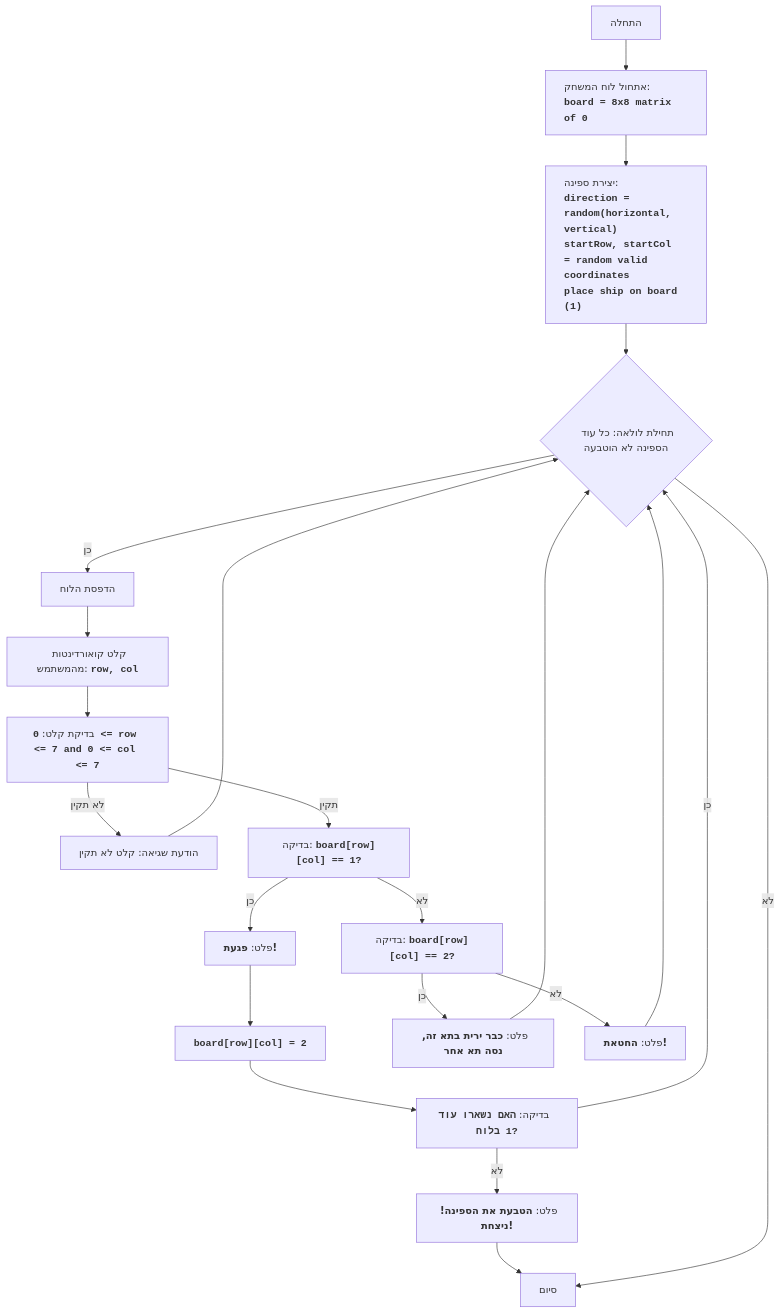
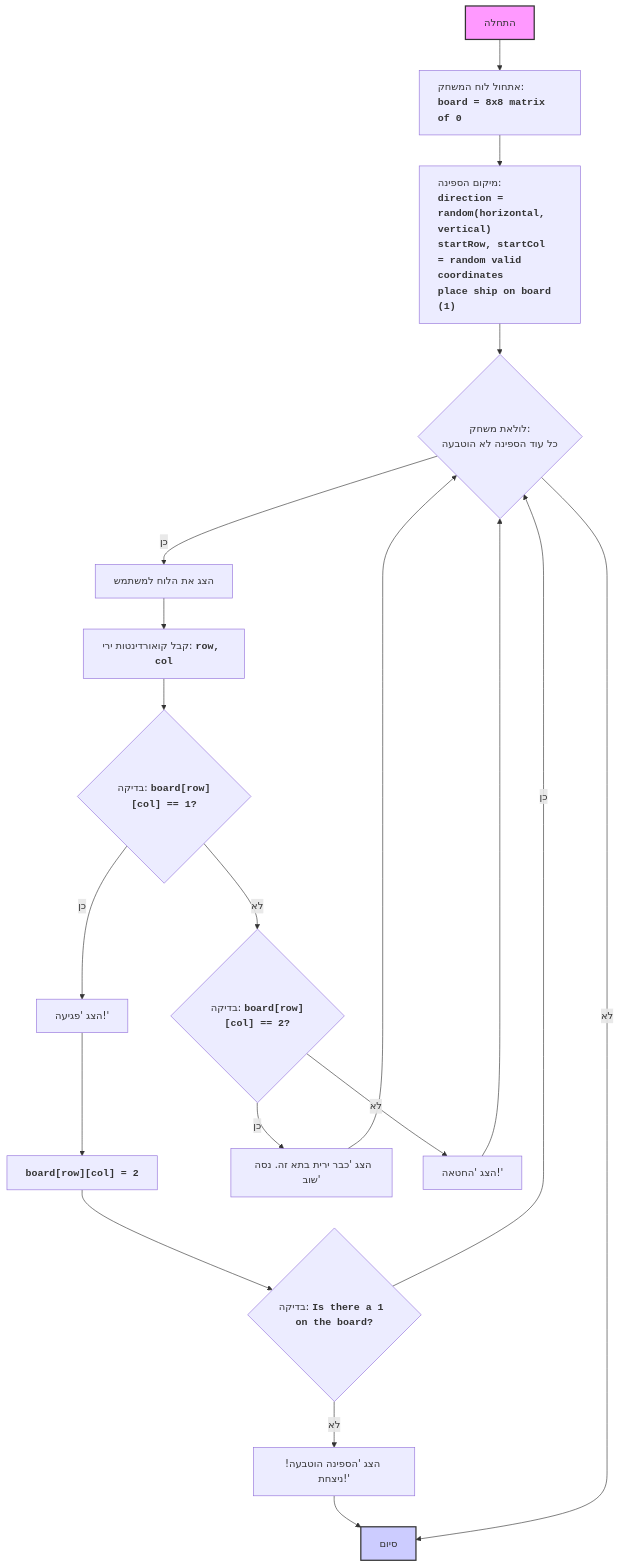
One commit to hypo69/hypo changed the diagram in docs/gemini/he/explainer/src/endpoints/ai_games/101_basic_computer_games/ru/GAMES/BOAT/boat.py.md. Above: the diagram before and after it, drawn with Mermaid. The commit also changed other lines of this file and 885 other files, not shown here.

````diff
--- a/docs/gemini/he/explainer/src/endpoints/ai_games/101_basic_computer_games/ru/GAMES/BOAT/boat.py.md
+++ b/docs/gemini/he/explainer/src/endpoints/ai_games/101_basic_computer_games/ru/GAMES/BOAT/boat.py.md
@@ -44,25 +46,24 @@
 ```mermaid
 flowchart TD
-    Start["התחלה"] --> InitializeBoard["<p align='left'>אתחול לוח המשחק:\n<code><b>board = 8x8 matrix of 0</b></code></p>"]
-    InitializeBoard --> GenerateShip["<p align='left'>יצירת ספינה:\n<code><b>direction = random(horizontal, vertical)\nstartRow, startCol = random valid coordinates\nplace ship on board (1)</b></code></p>"]
-    GenerateShip --> LoopStart{"תחילת לולאה: כל עוד הספינה לא הוטבעה"}
-    LoopStart -- כן --> PrintBoard["הדפסת הלוח"]
-    PrintBoard --> InputCoordinates["קלט קואורדינטות מהמשתמש: <code><b>row, col</b></code>"]
-    InputCoordinates --> ValidateCoordinates["בדיקת קלט: <code><b>0 <= row <= 7 and 0 <= col <= 7</b></code>"]
-    ValidateCoordinates -- לא תקין --> ErrorMessage["הודעת שגיאה: קלט לא תקין"]
-    ErrorMessage --> LoopStart
-    ValidateCoordinates -- תקין --> CheckHit["בדיקה: <code><b>board[row][col] == 1?</b></code>"]
-    CheckHit -- כן --> OutputHit["פלט: <b>פגעת!</b>"]
+    Start["התחלה"] --> InitializeBoard["<p align='left'>אתחול לוח המשחק:<br><code><b>board = 8x8 matrix of 0</b></code></p>"]
+    InitializeBoard --> GenerateShip["<p align='left'>מיקום הספינה:<br><code><b>direction = random(horizontal, vertical)</b><br><b>startRow, startCol = random valid coordinates</b><br><b>place ship on board (1)</b></code></p>"]
+    GenerateShip --> LoopStart{"<p align='center'>לולאת משחק:<br>כל עוד הספינה לא הוטבעה</p>"}
+    LoopStart -- כן --> DisplayBoard["הצג את הלוח למשתמש"]
+    DisplayBoard --> InputCoordinates["קבל קואורדינטות ירי: <code><b>row, col</b></code>"]
+    InputCoordinates --> CheckHit{"<p align='center'>בדיקה: <code><b>board[row][col] == 1?</b></code></p>"}
+    CheckHit -- כן --> OutputHit["הצג 'פגיעה!'"]
     OutputHit --> UpdateBoardHit["<code><b>board[row][col] = 2</b></code>"]
-    UpdateBoardHit --> CheckShipSunk["בדיקה: <code><b>האם נשארו עוד 1 בלוח?</b></code>"]
+    UpdateBoardHit --> CheckShipSunk{"<p align='center'>בדיקה: <code><b>Is there a 1 on the board?</b></code></p>"}
     CheckShipSunk -- כן --> LoopStart
-    CheckShipSunk -- לא --> OutputSunk["פלט: <b>הטבעת את הספינה! ניצחת!</b>"]
+    CheckShipSunk -- לא --> OutputSunk["הצג 'הספינה הוטבעה! ניצחת!'"]
     OutputSunk --> End["סיום"]
-    CheckHit -- לא --> CheckPreviousHit["בדיקה: <code><b>board[row][col] == 2?</b></code>"]
-        CheckPreviousHit -- כן --> OutputPreviousHit["פלט: <b>כבר ירית בתא זה, נסה תא אחר</b>"]
-    OutputPreviousHit --> LoopStart
-    CheckPreviousHit -- לא --> OutputMiss["פלט: <b>החטאת!</b>"]
+    CheckHit -- לא --> CheckShotBefore{"<p align='center'>בדיקה: <code><b>board[row][col] == 2?</b></code></p>"}
+    CheckShotBefore -- כן --> OutputShotBefore["הצג 'כבר ירית בתא זה. נסה שוב'"]
+    OutputShotBefore --> LoopStart
+    CheckShotBefore -- לא --> OutputMiss["הצג 'החטאה!'"]
     OutputMiss --> LoopStart
     LoopStart -- לא --> End
 
+    style Start fill:#f9f,stroke:#333,stroke-width:2px
+    style End fill:#ccf,stroke:#333,stroke-width:2px
 ```
````
